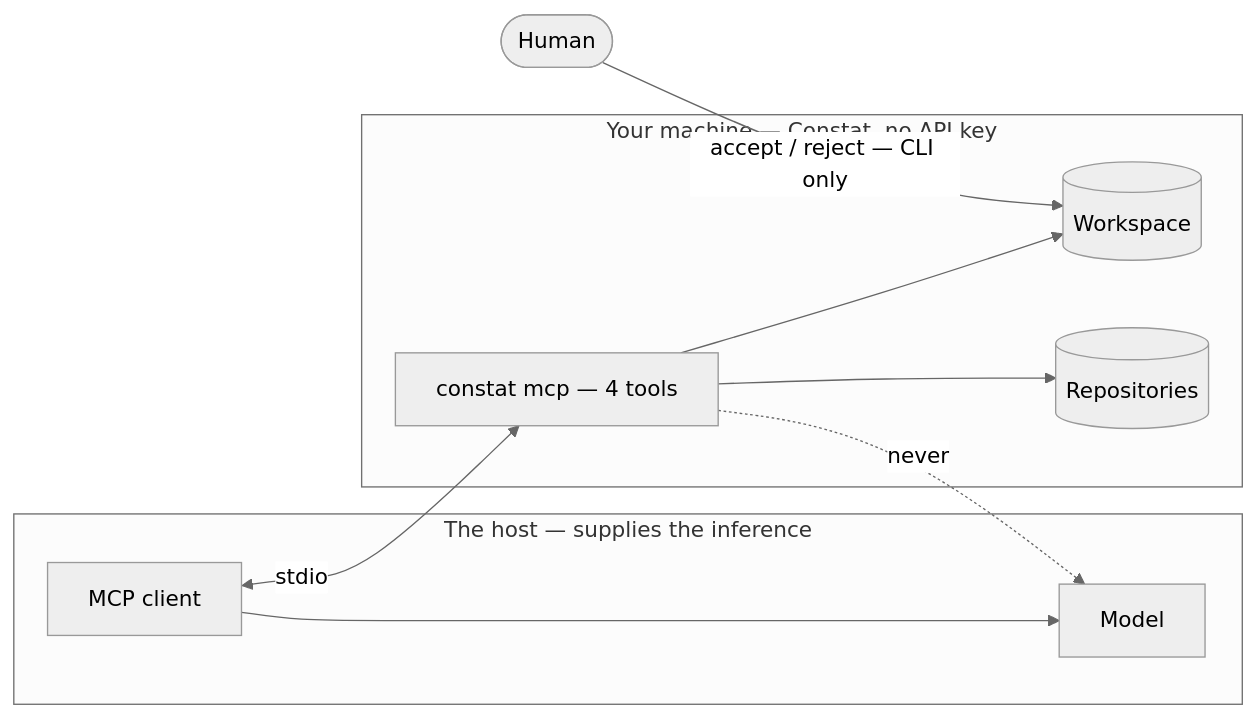
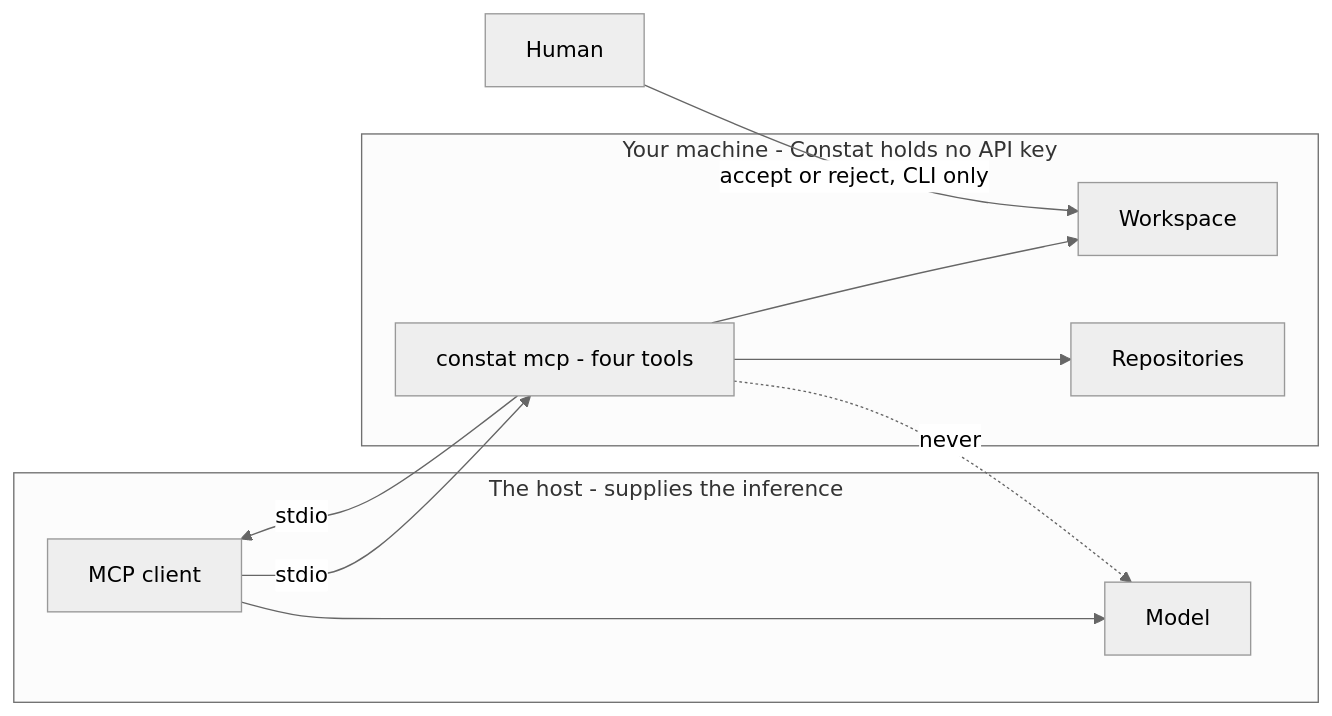
One commit to padjis/claudine changed the third of 3 diagrams in ARCHITECTURE.md. Above: the diagram before and after it, drawn with Mermaid (neutral theme). The commit also changed other lines of this file, not shown here.

First line of the commit message:
Use conservative mermaid syntax so the diagrams render

````diff
--- a/ARCHITECTURE.md
+++ b/ARCHITECTURE.md
@@ -139,23 +142,23 @@
 ```mermaid
 flowchart LR
-    subgraph HOST["The host — supplies the inference"]
-        M["Model"]
-        C["MCP client"]
+    subgraph The host - supplies the inference
+        M[Model]
+        C[MCP client]
     end
 
-    subgraph LOCAL["Your machine — Constat, no API key"]
-        S["constat mcp — 4 tools"]
-        W[("Workspace")]
-        R[("Repositories")]
+    subgraph Your machine - Constat holds no API key
+        S[constat mcp - four tools]
+        W[Workspace]
+        R[Repositories]
     end
 
-    H(["Human"])
+    H[Human]
 
-    C <-->|"stdio"| S
+    C -- stdio --> S
+    S -- stdio --> C
     C --> M
     S --> R
     S --> W
-    H -->|"accept / reject — CLI only"| W
-
-    S -.->|"never"| M
+    H -- accept or reject, CLI only --> W
+    S -. never .-> M
 ```
````
